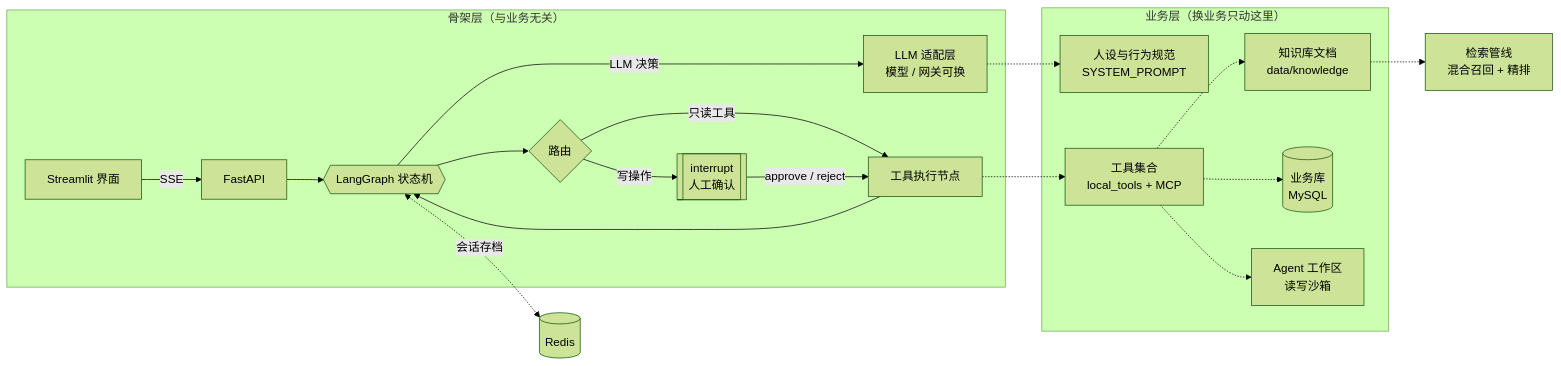
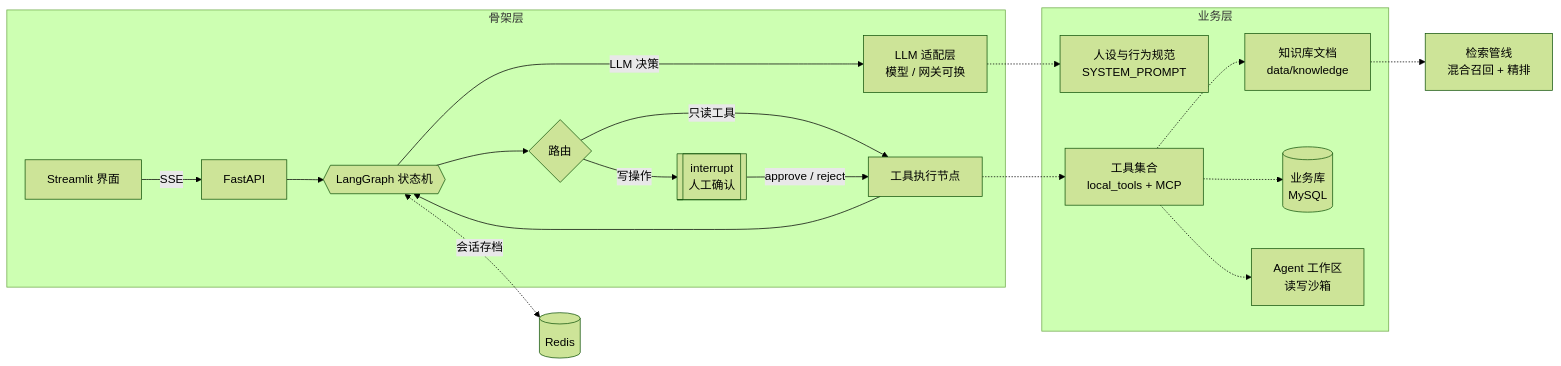
One commit to Covc-oe/Agent-Customized-Assistant changed the diagram in README.md. Above: the diagram before and after it, drawn with Mermaid (forest theme).

Commit message:
Update architecture section in README.md

````diff
--- a/README.md
+++ b/README.md
@@ -105,29 +105,29 @@
 ```mermaid
 flowchart LR
-    subgraph BIZ["业务层（换业务只动这里）"]
+    subgraph BIZ["业务层"]
         KB["知识库文档<br/>data/knowledge"]
         DB[("业务库<br/>MySQL")]
         WS["Agent 工作区<br/>读写沙箱"]
         P["人设与行为规范<br/>SYSTEM_PROMPT"]
         TL["工具集合<br/>local_tools + MCP"]
     end
 
-    subgraph FW["骨架层（与业务无关）"]
+    subgraph FW["骨架层"]
         FE["Streamlit 界面"] -->|SSE| API["FastAPI"]
         API --> G{{"LangGraph 状态机"}}
         G -->|"LLM 决策"| LLM["LLM 适配层<br/>模型 / 网关可换"]
         G --> R{"路由"}
         R -->|"只读工具"| T["工具执行节点"]
         R -->|"写操作"| H[["interrupt<br/>人工确认"]]
         H -->|"approve / reject"| T
         T --> G
     end
 
     LLM -.-> P
     T -.-> TL
     TL -.-> KB
     TL -.-> DB
     TL -.-> WS
     G <-.->|"会话存档"| RD[("Redis")]
     KB -.-> RAG["检索管线<br/>混合召回 + 精排"]
 ```
````
